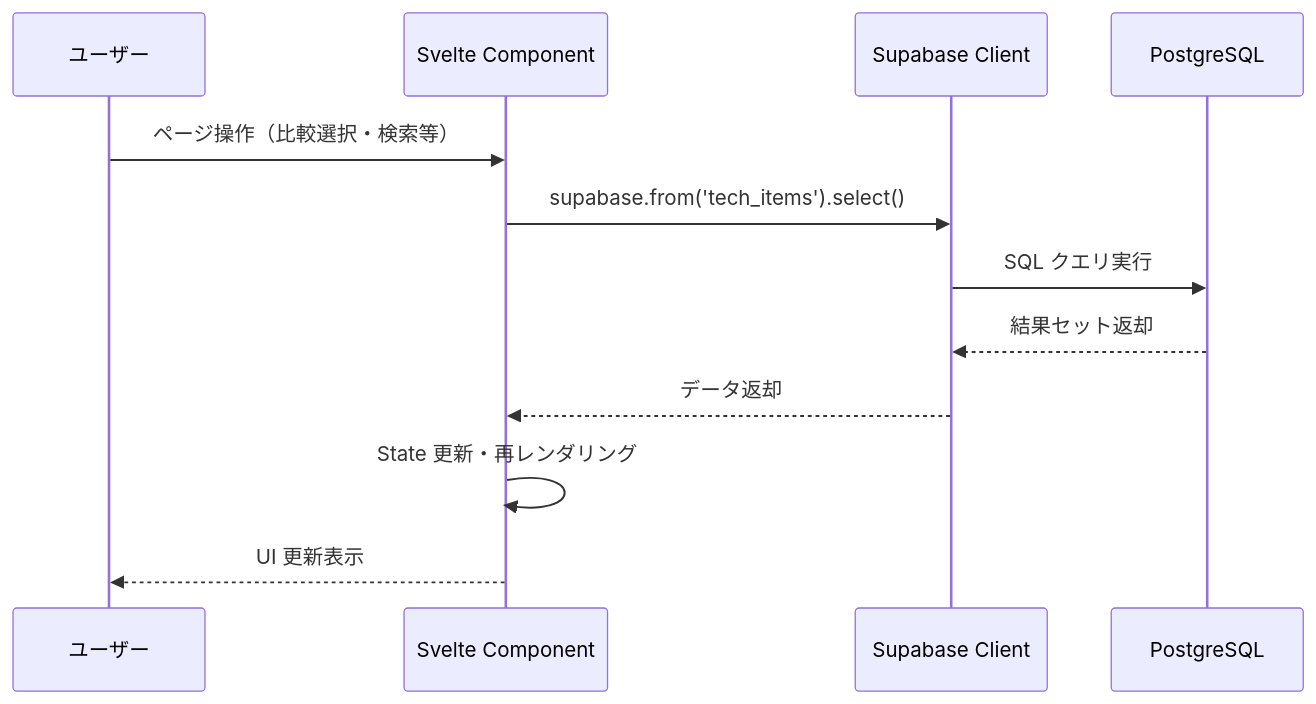
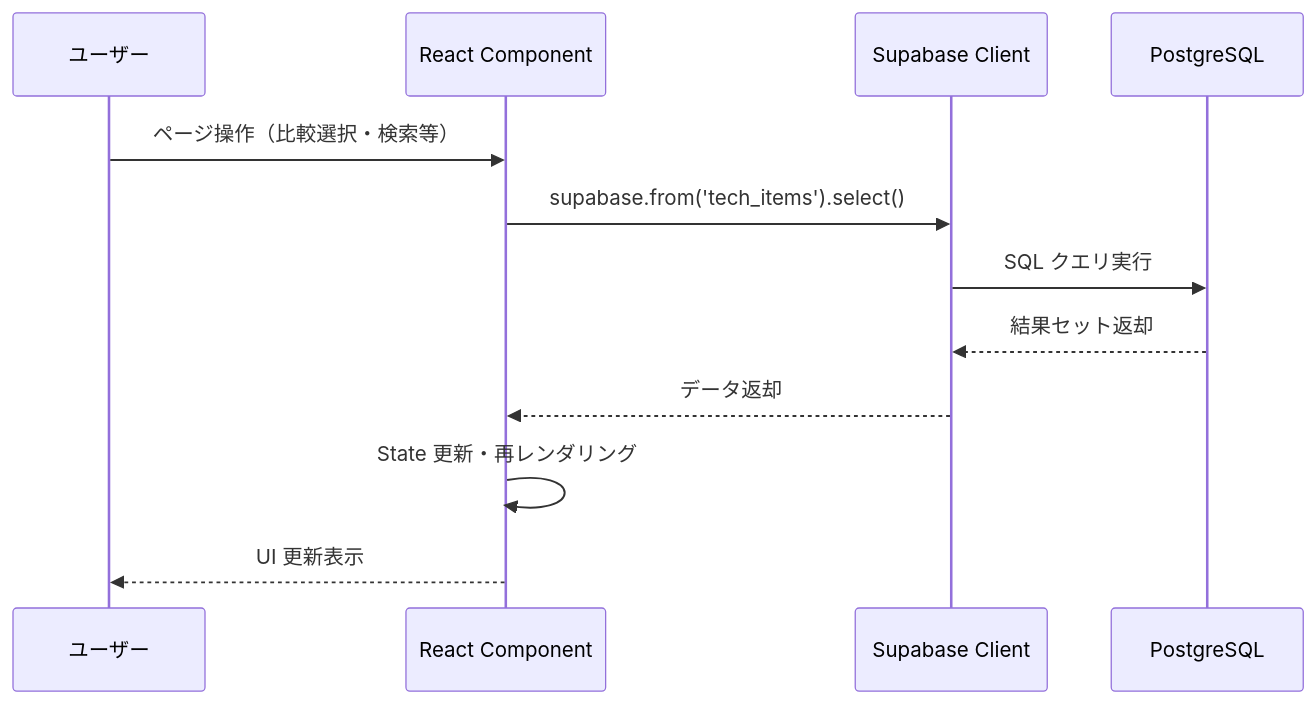
One commit to techub-organization/tech-atrium-wiki changed the fourth of 5 diagrams in docs/design.md. Above: the diagram before and after it, drawn with Mermaid. The commit also changed other lines of this file and 3 other files, not shown here.

````diff
--- a/docs/design.md
+++ b/docs/design.md
@@ -415,15 +415,15 @@
 ```mermaid
 sequenceDiagram
     participant User as ユーザー
-    participant Svelte as Svelte Component
+    participant React as React Component
     participant Supabase as Supabase Client
     participant DB as PostgreSQL
 
-    User->>Svelte: ページ操作（比較選択・検索等）
-    Svelte->>Supabase: supabase.from('tech_items').select()
+    User->>React: ページ操作（比較選択・検索等）
+    React->>Supabase: supabase.from('tech_items').select()
     Supabase->>DB: SQL クエリ実行
     DB-->>Supabase: 結果セット返却
-    Supabase-->>Svelte: データ返却
-    Svelte->>Svelte: State 更新・再レンダリング
-    Svelte-->>User: UI 更新表示
+    Supabase-->>React: データ返却
+    React->>React: State 更新・再レンダリング
+    React-->>User: UI 更新表示
 ```
````
